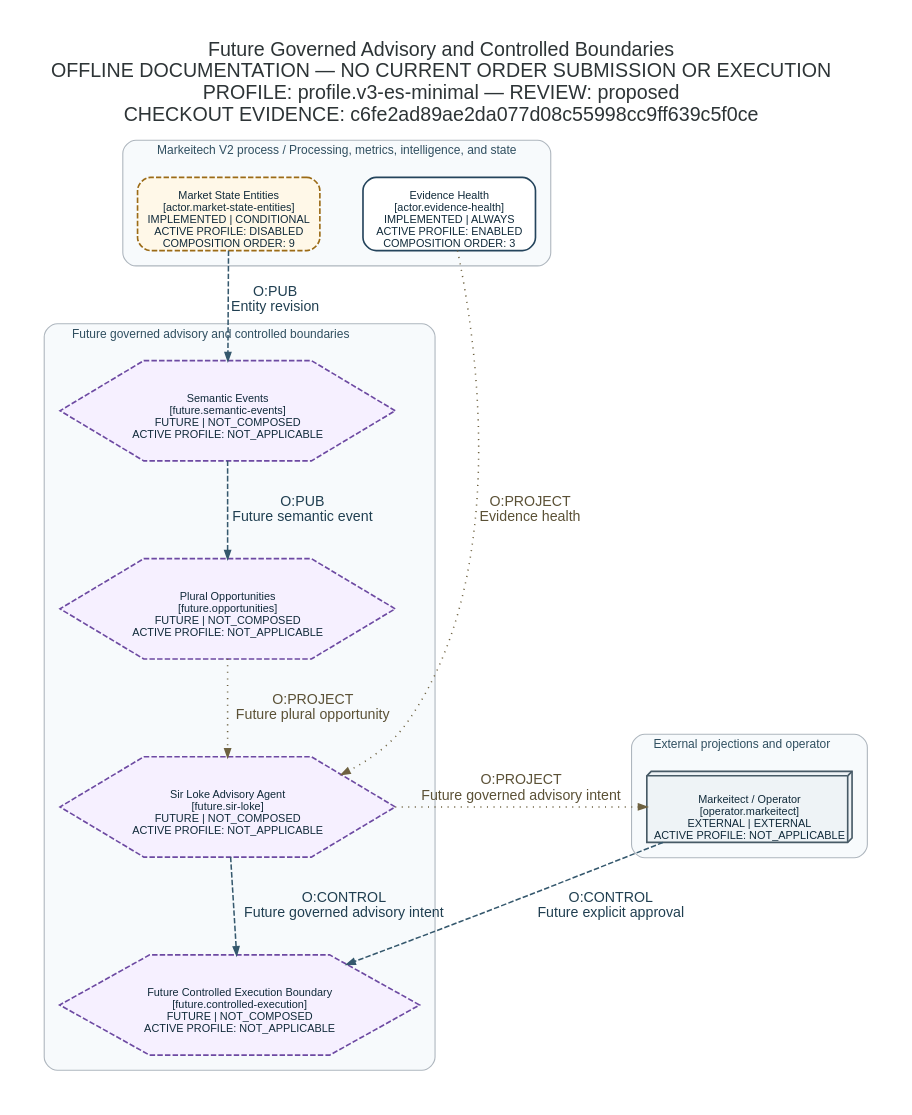
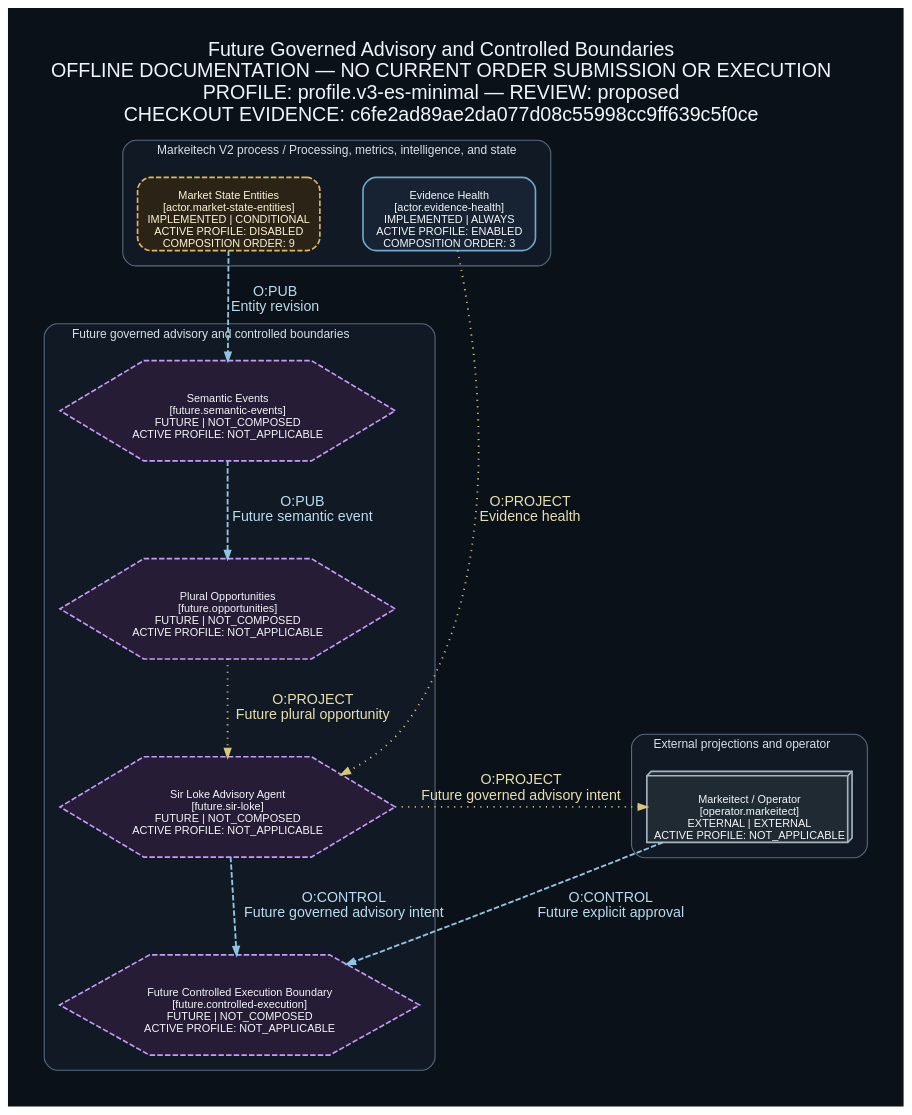
Before and after one commit to ShriekinNinja/Markeitech_V2: the diagram in docs/architecture/generated/system-dataflow/future-governed-boundaries.dot, drawn with Graphviz. The commit also changed 30 other files, not shown here.

First line of the commit message:
Add accessible dark theme to system diagrams

```diff
--- a/docs/architecture/generated/system-dataflow/future-governed-boundaries.dot
+++ b/docs/architecture/generated/system-dataflow/future-governed-boundaries.dot
@@ -1,64 +1,64 @@
 digraph "Future Governed Advisory and Controlled Boundaries
 OFFLINE DOCUMENTATION — NO CURRENT ORDER SUBMISSION OR EXECUTION
 PROFILE: profile.v3-es-minimal — REVIEW: proposed
 CHECKOUT EVIDENCE: c6fe2ad89ae2da077d08c55998cc9ff639c5f0ce" {
-	graph [bgcolor="#FFFFFF" fontcolor="#2D3436" fontname=Helvetica fontsize=18 label="Future Governed Advisory and Controlled Boundaries
+	graph [bgcolor="#0B1118" fontcolor="#F2F6FA" fontname=Helvetica fontsize=18 label="Future Governed Advisory and Controlled Boundaries
 OFFLINE DOCUMENTATION — NO CURRENT ORDER SUBMISSION OR EXECUTION
 PROFILE: profile.v3-es-minimal — REVIEW: proposed
 CHECKOUT EVIDENCE: c6fe2ad89ae2da077d08c55998cc9ff639c5f0ce" labeljust=l labelloc=t margin=0.15 nodesep=0.45 pack=true packmode="graph" pad=0.35 rankdir=TB ranksep=0.85 splines=spline]
-	node [fixedsize=false fontcolor="#2D3436" fontname=Helvetica fontsize=10 height=0.9 imagescale=true labelloc=b margin="0.12,0.08" shape=box style=rounded width=2.2]
-	edge [arrowsize=0.75 color="#7B8894" fontname=Helvetica fontsize=9]
+	node [fixedsize=false fontcolor="#F4F7FA" fontname=Helvetica fontsize=10 height=0.9 imagescale=true labelloc=b margin="0.12,0.08" shape=box style=rounded width=2.2]
+	edge [arrowsize=0.75 color="#8DC5E3" fontcolor="#B9DDF0" fontname=Helvetica fontsize=9]
 	subgraph "cluster_Future governed advisory and controlled boundaries" {
-		graph [bgcolor="#F7FAFC" color="#9DB0BC" fontcolor="#304F60" fontname=Helvetica fontsize=11 id="boundary.future" label="Future governed advisory and controlled boundaries" labeljust=l margin=14 pencolor="#AEB6BE" rankdir=LR shape=box style=rounded]
+		graph [bgcolor="#111A24" color="#566B7D" fontcolor="#D6E2EA" fontname=Helvetica fontsize=11 id="boundary.future" label="Future governed advisory and controlled boundaries" labeljust=l margin=14 pencolor="#566B7D" rankdir=LR shape=box style=rounded]
 		"future.controlled-execution" [label="Future Controlled Execution Boundary
 [future.controlled-execution]
 FUTURE | NOT_COMPOSED
-ACTIVE PROFILE: NOT_APPLICABLE" color="#6D4AA2" fillcolor="#F6F0FF" fontcolor="#102A3A" id="future.controlled-execution" penwidth=1.5 shape=hexagon style="dashed,filled"]
+ACTIVE PROFILE: NOT_APPLICABLE" color="#C49AFA" fillcolor="#261C35" fontcolor="#F4F7FA" id="future.controlled-execution" penwidth=1.5 shape=hexagon style="dashed,filled"]
 		"future.opportunities" [label="Plural Opportunities
 [future.opportunities]
 FUTURE | NOT_COMPOSED
-ACTIVE PROFILE: NOT_APPLICABLE" color="#6D4AA2" fillcolor="#F6F0FF" fontcolor="#102A3A" id="future.opportunities" penwidth=1.5 shape=hexagon style="dashed,filled"]
+ACTIVE PROFILE: NOT_APPLICABLE" color="#C49AFA" fillcolor="#261C35" fontcolor="#F4F7FA" id="future.opportunities" penwidth=1.5 shape=hexagon style="dashed,filled"]
 		"future.semantic-events" [label="Semantic Events
 [future.semantic-events]
 FUTURE | NOT_COMPOSED
-ACTIVE PROFILE: NOT_APPLICABLE" color="#6D4AA2" fillcolor="#F6F0FF" fontcolor="#102A3A" id="future.semantic-events" penwidth=1.5 shape=hexagon style="dashed,filled"]
+ACTIVE PROFILE: NOT_APPLICABLE" color="#C49AFA" fillcolor="#261C35" fontcolor="#F4F7FA" id="future.semantic-events" penwidth=1.5 shape=hexagon style="dashed,filled"]
 		"future.sir-loke" [label="Sir Loke Advisory Agent
 [future.sir-loke]
 FUTURE | NOT_COMPOSED
-ACTIVE PROFILE: NOT_APPLICABLE" color="#6D4AA2" fillcolor="#F6F0FF" fontcolor="#102A3A" id="future.sir-loke" penwidth=1.5 shape=hexagon style="dashed,filled"]
+ACTIVE PROFILE: NOT_APPLICABLE" color="#C49AFA" fillcolor="#261C35" fontcolor="#F4F7FA" id="future.sir-loke" penwidth=1.5 shape=hexagon style="dashed,filled"]
 	}
 	subgraph "cluster_Markeitech V2 process / Processing, metrics, intelligence, and state" {
-		graph [bgcolor="#F7FAFC" color="#9DB0BC" fontcolor="#304F60" fontname=Helvetica fontsize=11 id="boundary.intelligence" label="Markeitech V2 process / Processing, metrics, intelligence, and state" labeljust=l margin=14 pencolor="#AEB6BE" rankdir=LR shape=box style=rounded]
+		graph [bgcolor="#111A24" color="#566B7D" fontcolor="#D6E2EA" fontname=Helvetica fontsize=11 id="boundary.intelligence" label="Markeitech V2 process / Processing, metrics, intelligence, and state" labeljust=l margin=14 pencolor="#566B7D" rankdir=LR shape=box style=rounded]
 		"actor.evidence-health" [label="Evidence Health
 [actor.evidence-health]
 IMPLEMENTED | ALWAYS
 ACTIVE PROFILE: ENABLED
-COMPOSITION ORDER: 3" color="#24445C" fillcolor="#FFFFFF" fontcolor="#102A3A" id="actor.evidence-health" penwidth=1.5 shape=box style="rounded,filled"]
+COMPOSITION ORDER: 3" color="#6FA8CC" fillcolor="#172332" fontcolor="#F4F7FA" id="actor.evidence-health" penwidth=1.5 shape=box style="rounded,filled"]
 		"actor.market-state-entities" [label="Market State Entities
 [actor.market-state-entities]
 IMPLEMENTED | CONDITIONAL
 ACTIVE PROFILE: DISABLED
-COMPOSITION ORDER: 9" color="#9B6B16" fillcolor="#FFF8E8" fontcolor="#102A3A" id="actor.market-state-entities" penwidth=1.5 shape=box style="dashed,rounded,filled"]
+COMPOSITION ORDER: 9" color="#E2B75C" fillcolor="#2B2416" fontcolor="#FFF3D6" id="actor.market-state-entities" penwidth=1.5 shape=box style="dashed,rounded,filled"]
 	}
 	subgraph "cluster_External projections and operator" {
-		graph [bgcolor="#F7FAFC" color="#9DB0BC" fontcolor="#304F60" fontname=Helvetica fontsize=11 id="boundary.projections" label="External projections and operator" labeljust=l margin=14 pencolor="#AEB6BE" rankdir=LR shape=box style=rounded]
+		graph [bgcolor="#111A24" color="#566B7D" fontcolor="#D6E2EA" fontname=Helvetica fontsize=11 id="boundary.projections" label="External projections and operator" labeljust=l margin=14 pencolor="#566B7D" rankdir=LR shape=box style=rounded]
 		"operator.markeitect" [label="Markeitect / Operator
 [operator.markeitect]
 EXTERNAL | EXTERNAL
-ACTIVE PROFILE: NOT_APPLICABLE" color="#475A66" fillcolor="#EEF3F6" fontcolor="#102A3A" id="operator.markeitect" penwidth=1.5 shape=box3d style="rounded,filled"]
+ACTIVE PROFILE: NOT_APPLICABLE" color="#A5B4C0" fillcolor="#202A33" fontcolor="#F4F7FA" id="operator.markeitect" penwidth=1.5 shape=box3d style="rounded,filled"]
 	}
 	"actor.market-state-entities" -> "future.semantic-events" [label="O:PUB
-Entity revision" color="#35586D" dir=forward fontcolor="#203F51" fontname="Sans-Serif" fontsize=13 id="edge.entity-revision-semantic" penwidth=1.4 style=dashed]
+Entity revision" color="#8DC5E3" dir=forward fontcolor="#B9DDF0" fontname="Sans-Serif" fontsize=13 id="edge.entity-revision-semantic" penwidth=1.7 style=dashed]
 	"actor.evidence-health" -> "future.sir-loke" [label="O:PROJECT
-Evidence health" color="#6E6241" dir=forward fontcolor="#5B5136" fontname="Sans-Serif" fontsize=13 id="edge.evidence-sir-loke" penwidth=1.4 style=dotted]
+Evidence health" color="#D7C77B" dir=forward fontcolor="#E8DFAF" fontname="Sans-Serif" fontsize=13 id="edge.evidence-sir-loke" penwidth=1.7 style=dotted]
 	"operator.markeitect" -> "future.controlled-execution" [label="O:CONTROL
-Future explicit approval" color="#35586D" dir=forward fontcolor="#203F51" fontname="Sans-Serif" fontsize=13 id="edge.operator-execution-approval" penwidth=1.4 style=dashed]
+Future explicit approval" color="#8DC5E3" dir=forward fontcolor="#B9DDF0" fontname="Sans-Serif" fontsize=13 id="edge.operator-execution-approval" penwidth=1.7 style=dashed]
 	"future.opportunities" -> "future.sir-loke" [label="O:PROJECT
-Future plural opportunity" color="#6E6241" dir=forward fontcolor="#5B5136" fontname="Sans-Serif" fontsize=13 id="edge.opportunity-sir-loke" penwidth=1.4 style=dotted]
+Future plural opportunity" color="#D7C77B" dir=forward fontcolor="#E8DFAF" fontname="Sans-Serif" fontsize=13 id="edge.opportunity-sir-loke" penwidth=1.7 style=dotted]
 	"future.semantic-events" -> "future.opportunities" [label="O:PUB
-Future semantic event" color="#35586D" dir=forward fontcolor="#203F51" fontname="Sans-Serif" fontsize=13 id="edge.semantic-opportunity" penwidth=1.4 style=dashed]
+Future semantic event" color="#8DC5E3" dir=forward fontcolor="#B9DDF0" fontname="Sans-Serif" fontsize=13 id="edge.semantic-opportunity" penwidth=1.7 style=dashed]
 	"future.sir-loke" -> "future.controlled-execution" [label="O:CONTROL
-Future governed advisory intent" color="#35586D" dir=forward fontcolor="#203F51" fontname="Sans-Serif" fontsize=13 id="edge.sir-loke-execution-intent" penwidth=1.4 style=dashed]
+Future governed advisory intent" color="#8DC5E3" dir=forward fontcolor="#B9DDF0" fontname="Sans-Serif" fontsize=13 id="edge.sir-loke-execution-intent" penwidth=1.7 style=dashed]
 	"future.sir-loke" -> "operator.markeitect" [label="O:PROJECT
-Future governed advisory intent" color="#6E6241" dir=forward fontcolor="#5B5136" fontname="Sans-Serif" fontsize=13 id="edge.sir-loke-operator" penwidth=1.4 style=dotted]
+Future governed advisory intent" color="#D7C77B" dir=forward fontcolor="#E8DFAF" fontname="Sans-Serif" fontsize=13 id="edge.sir-loke-operator" penwidth=1.7 style=dotted]
 }
```
